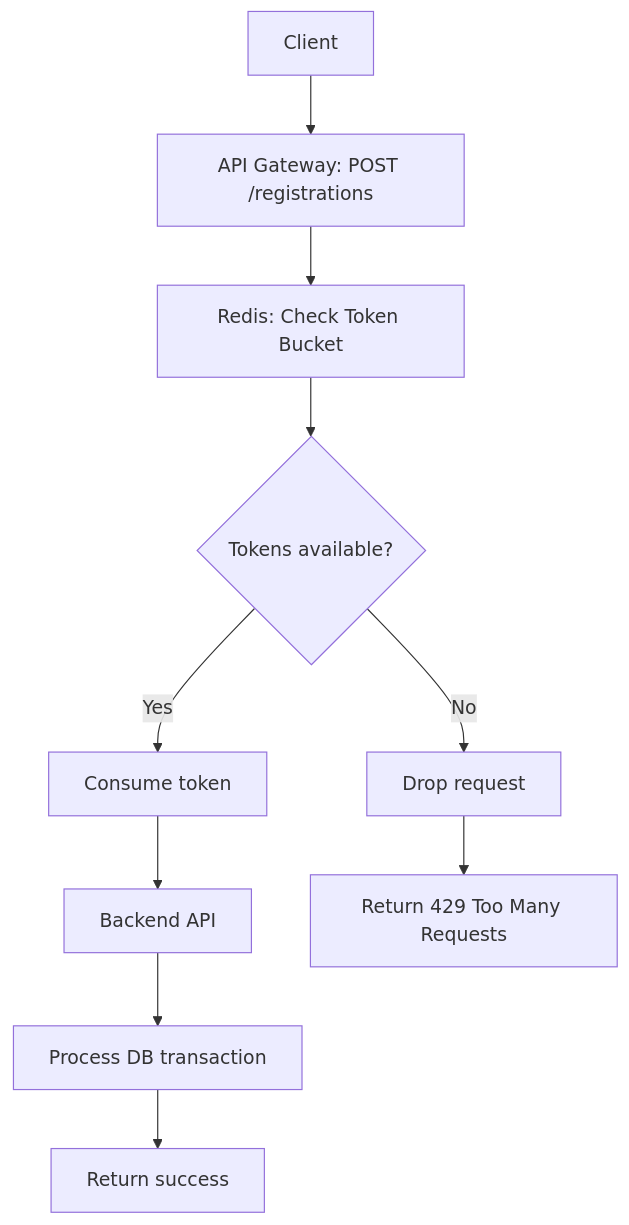
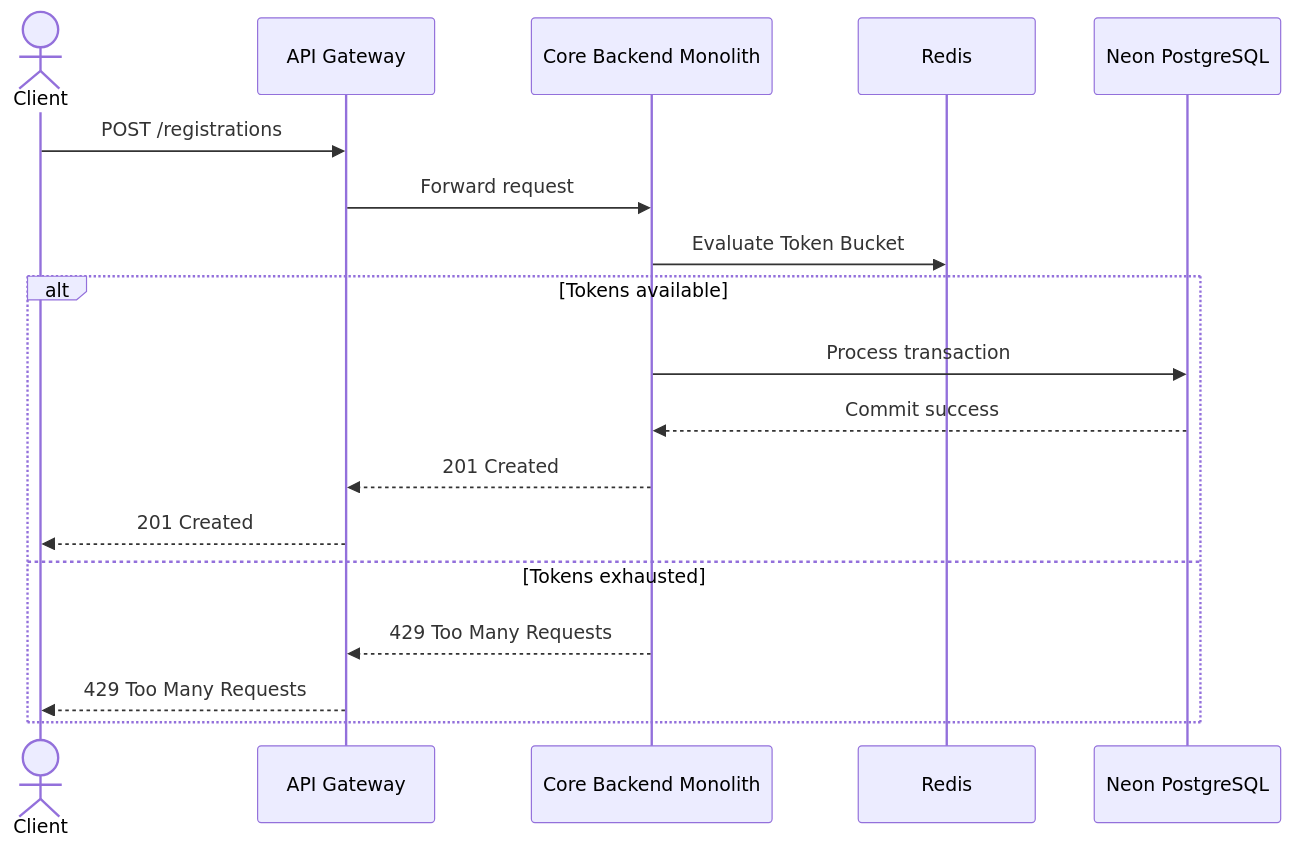
Before and after one commit to phatnguyen975/unihub-workshop: the eighth of 11 diagrams in blueprint/design.md, drawn with Mermaid. The commit also changed other lines of this file, not shown here.

````diff
--- a/blueprint/design.md
+++ b/blueprint/design.md
@@ -726,12 +727,21 @@
 ```mermaid
-flowchart TD
-  Client[Client] --> Gateway[API Gateway: POST /registrations]
-  Gateway --> Redis[Redis: Check Token Bucket]
-  Redis --> Decision{Tokens available?}
-  Decision -->|Yes| Consume[Consume token]
-  Consume --> API[Backend API]
-  API --> DB[Process DB transaction]
-  DB --> Success[Return success]
-  Decision -->|No| Drop[Drop request]
-  Drop --> Throttle[Return 429 Too Many Requests]
+sequenceDiagram
+  actor Client
+  participant GW as API Gateway
+  participant API as Core Backend Monolith
+  participant Redis as Redis
+  participant DB as Neon PostgreSQL
+
+  Client->>GW: POST /registrations
+  GW->>API: Forward request
+  API->>Redis: Evaluate Token Bucket
+  alt Tokens available
+    API->>DB: Process transaction
+    DB-->>API: Commit success
+    API-->>GW: 201 Created
+    GW-->>Client: 201 Created
+  else Tokens exhausted
+    API-->>GW: 429 Too Many Requests
+    GW-->>Client: 429 Too Many Requests
+  end
 ```
````
